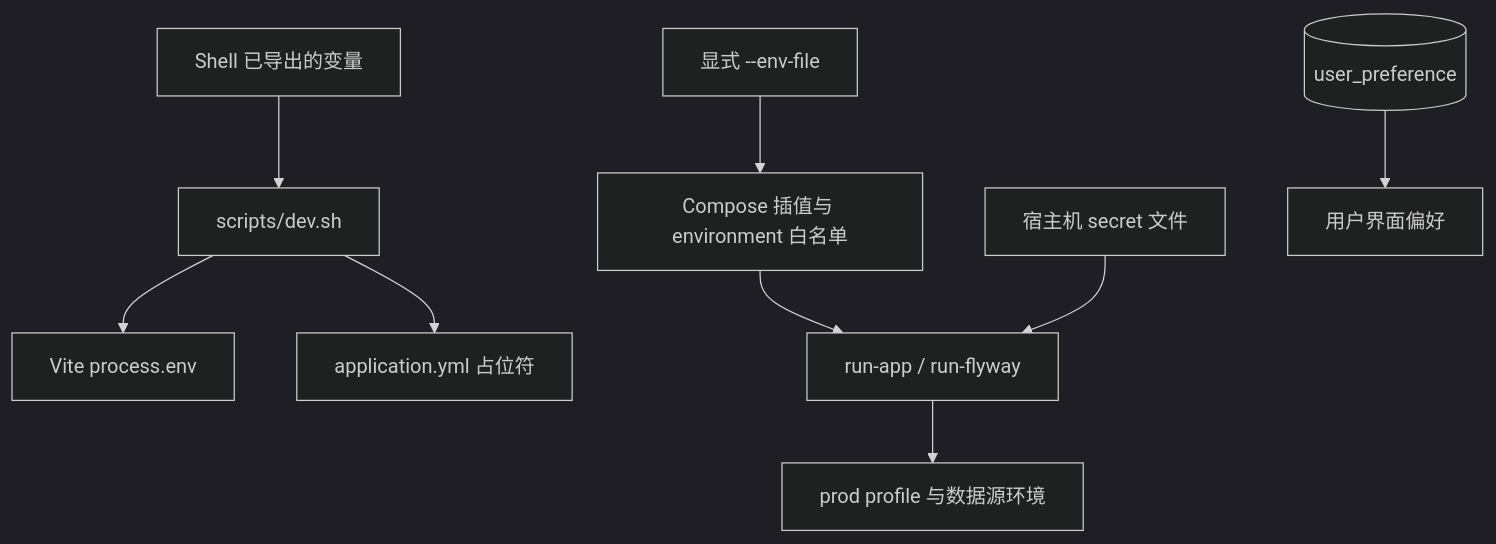
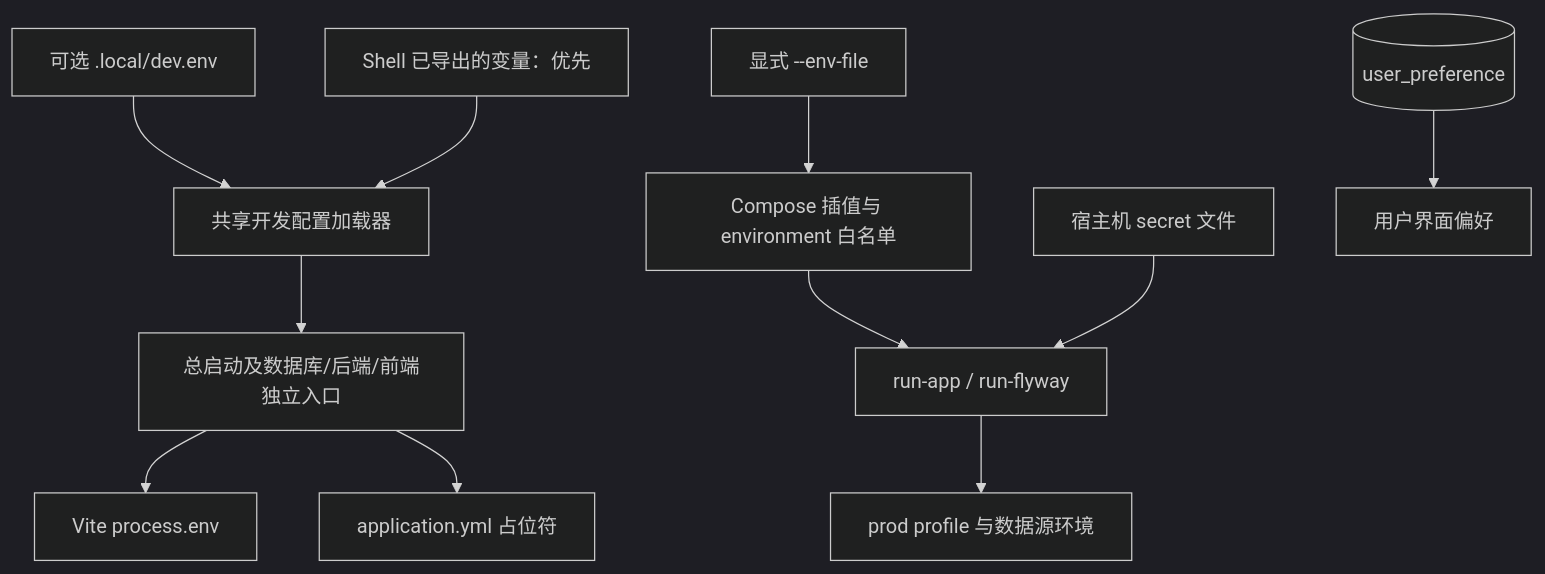
The diagram in agent-works/architecture/environment-configuration.md (fulin-peng-ydxs/ai-my-bill), drawn with Mermaid (dark theme) before and after one commit. The commit also changed other lines of this file and 15 other files, not shown here.

````diff
--- a/agent-works/architecture/environment-configuration.md
+++ b/agent-works/architecture/environment-configuration.md
@@ -9,11 +9,13 @@
 ```mermaid
 flowchart TD
-  Shell[Shell 已导出的变量] --> Dev[scripts/dev.sh]
+  Local[可选 .local/dev.env] --> Loader[共享开发配置加载器]
+  Shell[Shell 已导出的变量：优先] --> Loader
+  Loader --> Dev[总启动及数据库/后端/前端独立入口]
   Dev --> Vite[Vite process.env]
   Dev --> Spring[application.yml 占位符]
   Env[显式 --env-file] --> Compose[Compose 插值与 environment 白名单]
   Compose --> Entry[run-app / run-flyway]
   Secret[宿主机 secret 文件] --> Entry
   Entry --> Prod[prod profile 与数据源环境]
   Preference[(user_preference)] --> UI[用户界面偏好]
 ```
````
